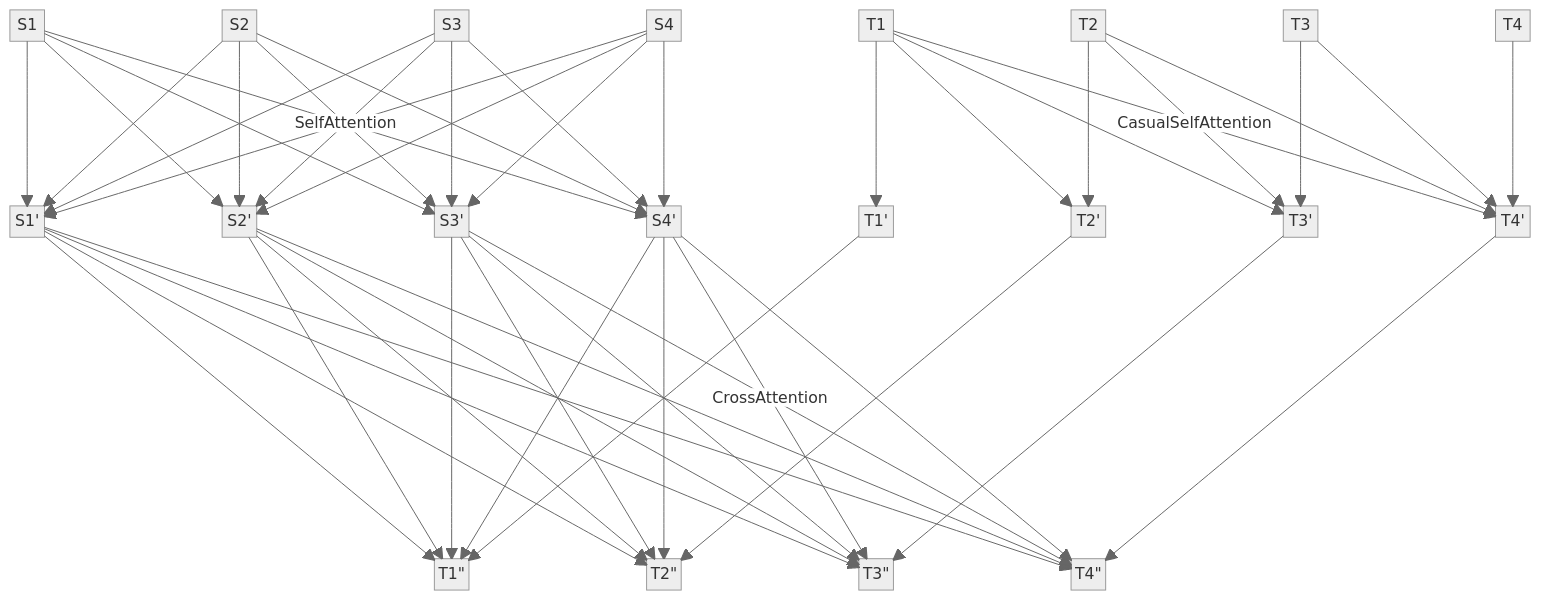
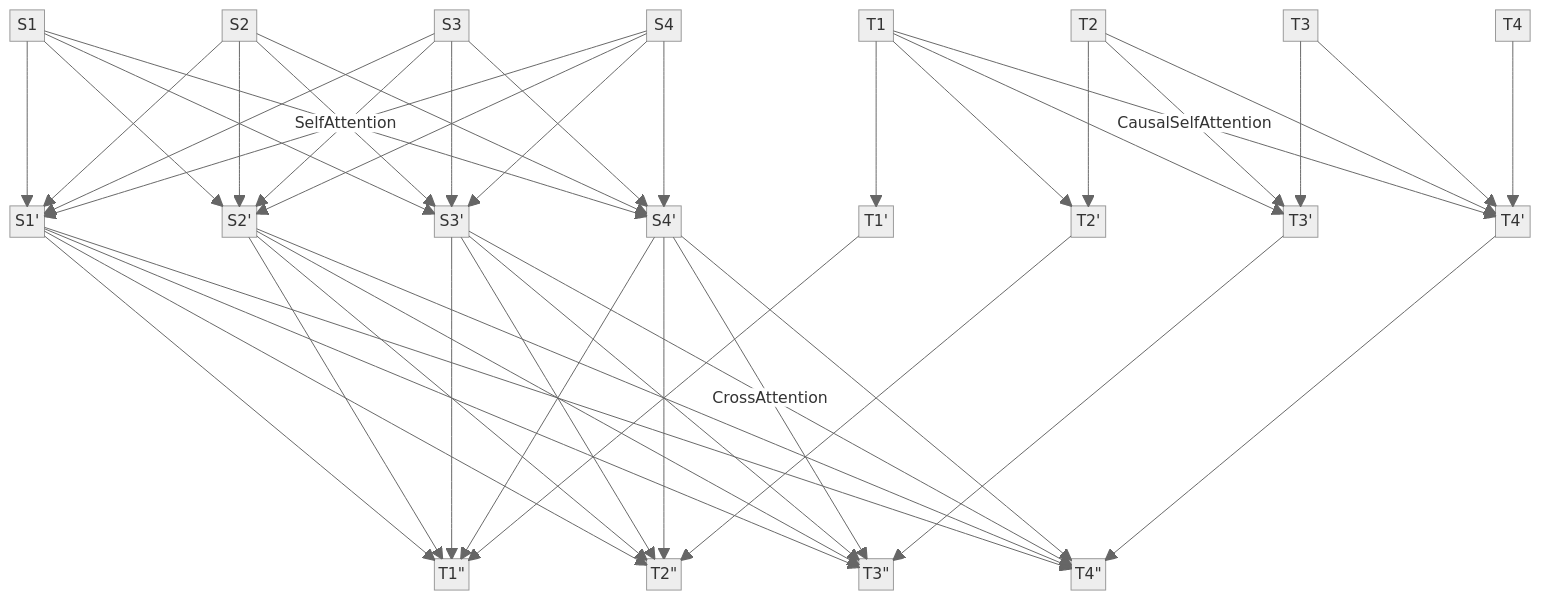
The second of 3 diagrams in README.md (ngolin/AttentionIsAllYouNeed), drawn with Mermaid (neutral theme) before and after one commit. The commit also changed other lines of this file, not shown here.

Commit message:
add attention masking

````diff
--- a/README.md
+++ b/README.md
@@ -132,37 +132,37 @@
 ```mermaid
 block
 columns 36
   S1 space:4 S2 space:4 S3 space:4 S4 space:4 T1 space:4 T2 space:4 T3 space:4 T4
 
   space:144
 
   S1' space:4 S2' space:4 S3' space:4 S4' space:4 T1' space:4 T2' space:4 T3' space:4 T4'
 
   space:288
 
   space:10 T1" space:4 T2" space:4 T3" space:4 T4"
 
   S1 --> S1' S2 --> S1' S3 --> S1' S4 --> S1'
 
   S1 --> S2' S2 --> S2' S3 --> S2' S4 --> S2'
 
   S1 --> S3' S2 --> S3' S3 --> S3' S4 --> S3'
 
   S1 --"SelfAttention"--> S4' S2 --> S4' S3 --> S4' S4 --> S4'
 
   T1 --> T1'
 
   T1 --> T2' T2 --> T2'
 
   T1 --> T3' T2 --> T3' T3 --> T3'
 
-  T1 --"CasualSelfAttention"--> T4' T2 --> T4' T3 --> T4' T4 --> T4'
+  T1 --"CausalSelfAttention"--> T4' T2 --> T4' T3 --> T4' T4 --> T4'
 
   S1' --> T1" S2' --> T1" S3' --> T1" S4' --> T1" T1' --> T1"
 
   S1' --> T2" S2' --> T2" S3' --> T2" S4' --> T2" T2' --> T2"
 
   S1' --> T3" S2' --> T3" S3' --> T3" S4' --> T3" T3' --> T3"
 
   S1' --> T4" S2' --> T4" S3' --"CrossAttention"--> T4" S4' --> T4" T4' --> T4"
 ```
````
